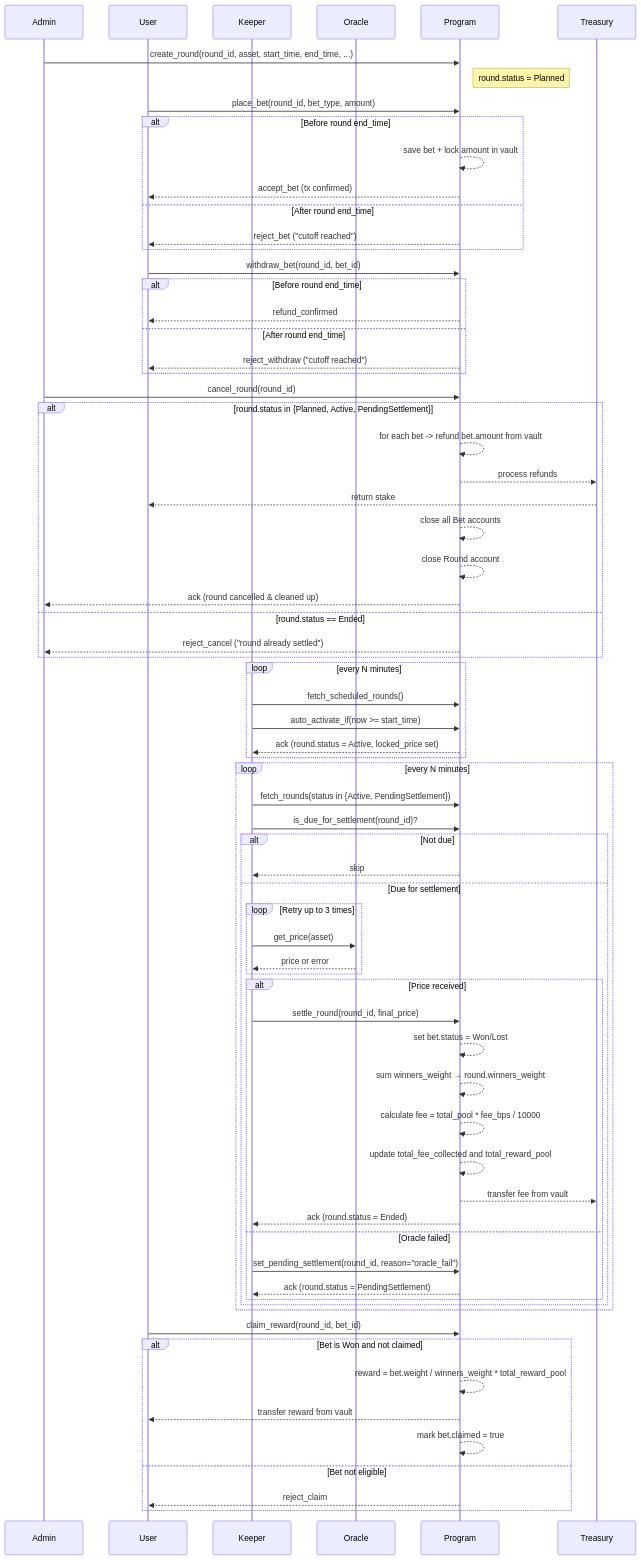
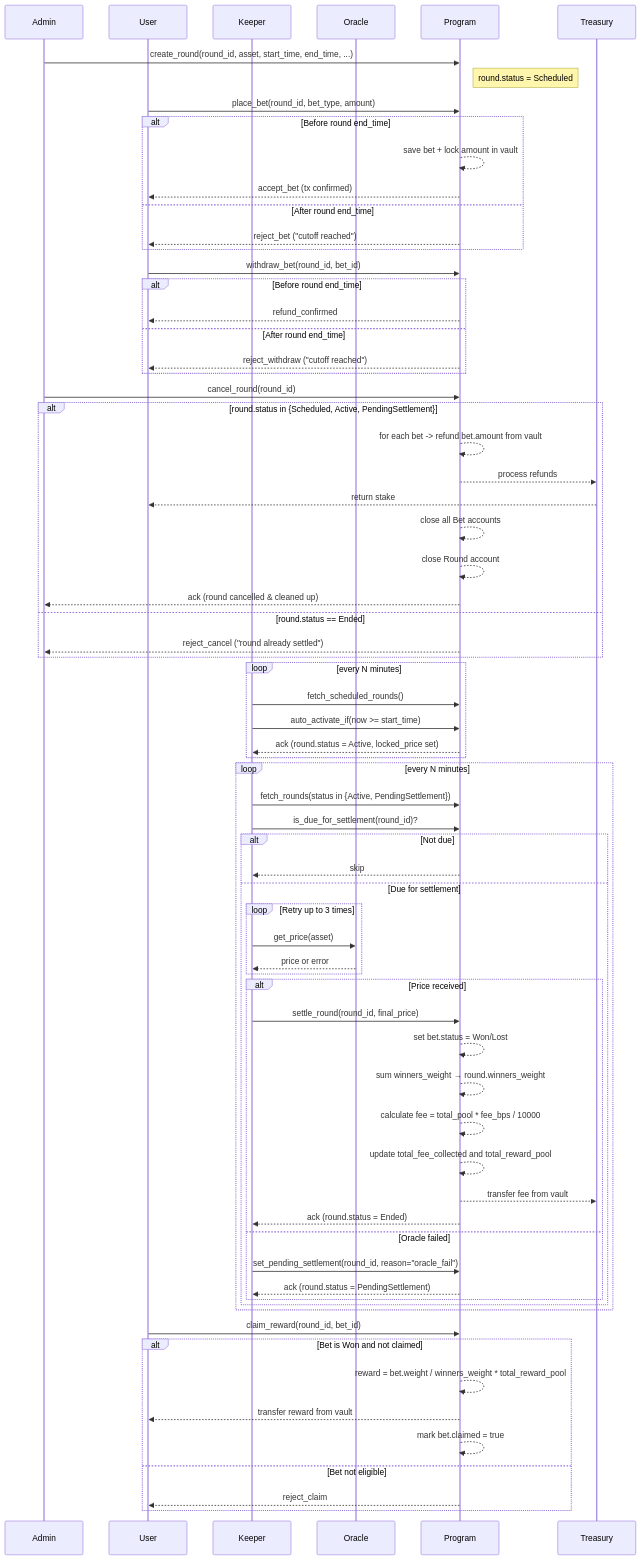
The first of 7 diagrams in README.md (muhammad-akbrrr/gold-rush-smartcontract), drawn with Mermaid before and after one commit. The commit also changed other lines of this file, not shown here.

```diff
--- a/README.md
+++ b/README.md
@@ -67,7 +67,7 @@
 
     %% Round creation
     Admin->>Program: create_round(round_id, asset, start_time, end_time, ...)
-    Note right of Program: round.status = Planned
+    Note right of Program: round.status = Scheduled
 
     %% User actions (place / withdraw)
     User->>Program: place_bet(round_id, bet_type, amount)
@@ -87,7 +87,7 @@
 
     %% Admin: cancel round (hard cancel)
     Admin->>Program: cancel_round(round_id)
-    alt round.status in {Planned, Active, PendingSettlement}
+    alt round.status in {Scheduled, Active, PendingSettlement}
       Program-->>Program: for each bet -> refund bet.amount from vault
       Program-->>Treasury: process refunds
       Treasury-->>User: return stake
```
